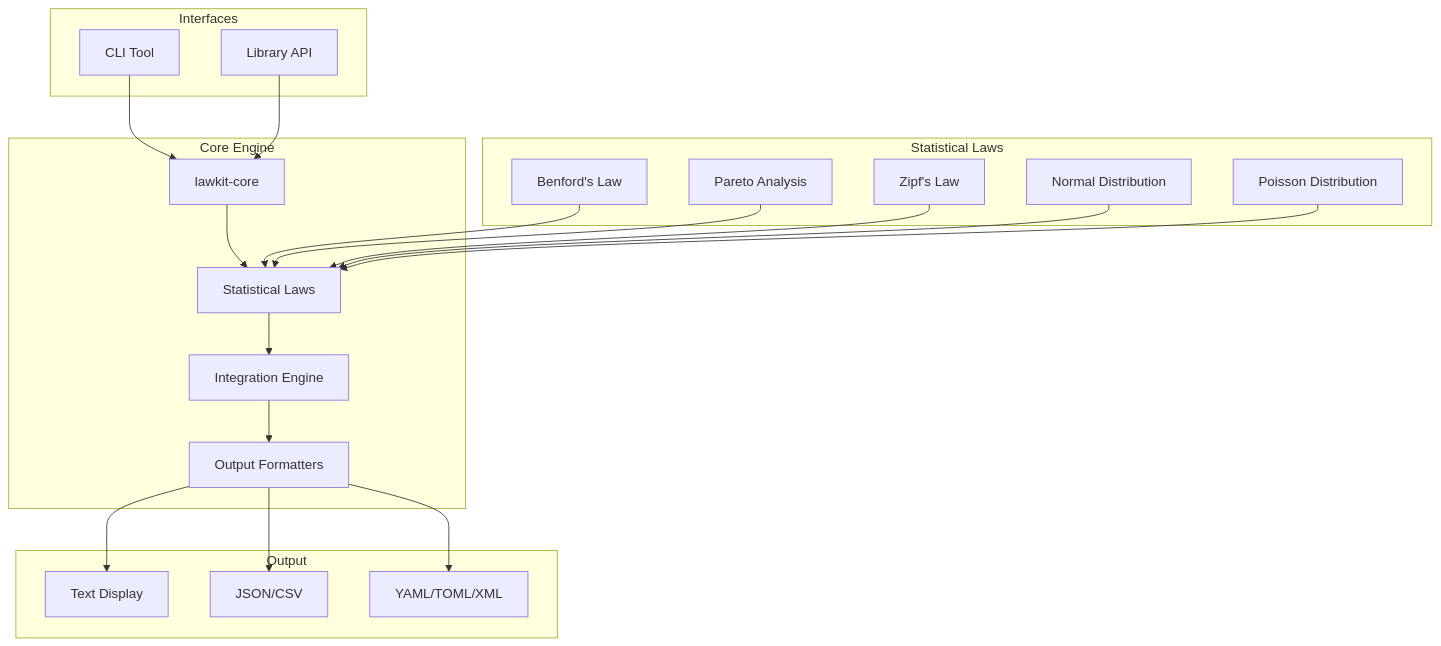
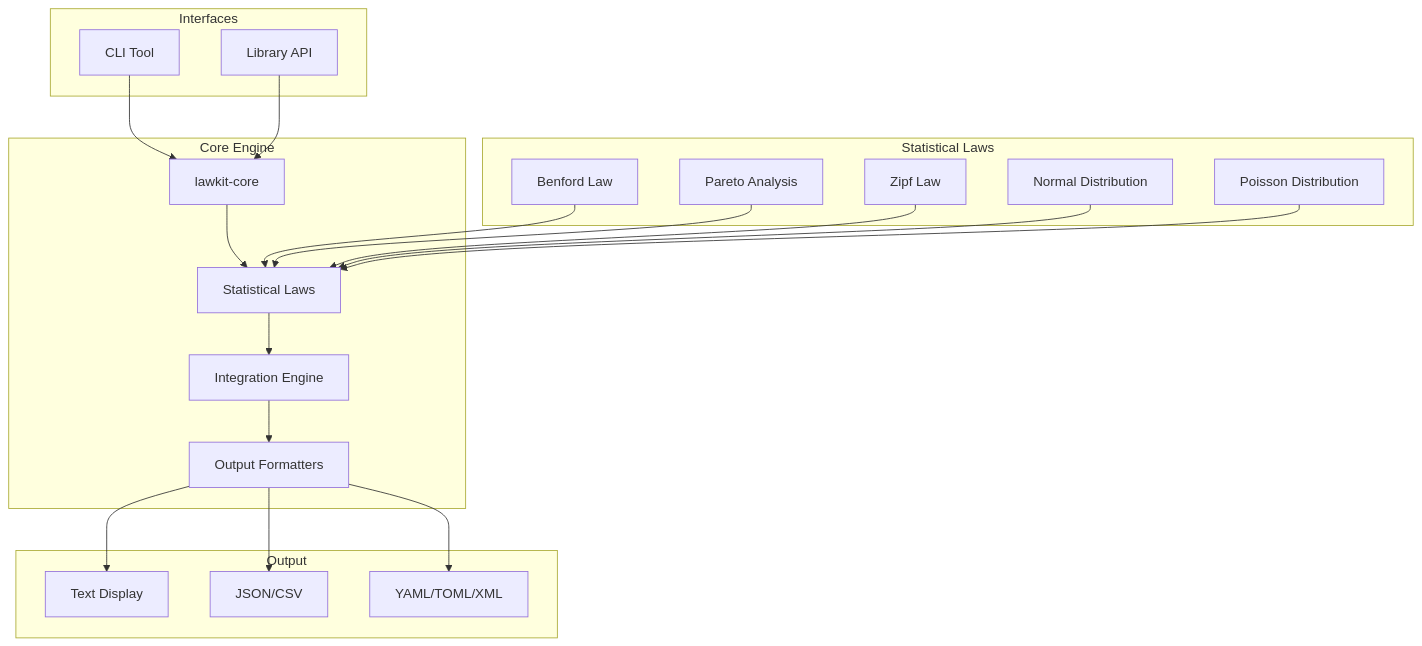
One commit to kako-jun/lawkit changed the first of 2 diagrams in docs/index.md. Above: the diagram before and after it, drawn with Mermaid. The commit also changed other lines of this file and 14 other files, not shown here.

````diff
--- a/docs/index.md
+++ b/docs/index.md
@@ -100,28 +100,28 @@
 ```mermaid
 graph TB
     subgraph "Core Engine"
         A[lawkit-core] --> B[Statistical Laws]
         B --> C[Integration Engine]
         C --> D[Output Formatters]
     end
     
     subgraph "Interfaces"
         E[CLI Tool] --> A
         F[Library API] --> A
     end
     
     subgraph "Statistical Laws"
-        G[Benford's Law] --> B
+        G[Benford Law] --> B
         H[Pareto Analysis] --> B
-        I[Zipf's Law] --> B
+        I[Zipf Law] --> B
         J[Normal Distribution] --> B
         K[Poisson Distribution] --> B
     end
     
     subgraph "Output"
         D --> L[Text Display]
         D --> M[JSON/CSV]
         D --> N[YAML/TOML/XML]
     end
     
 ```
````
